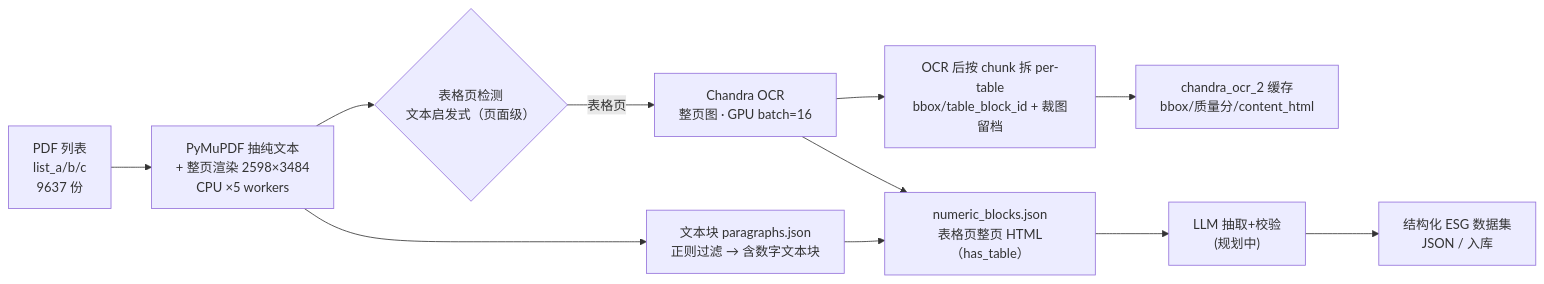
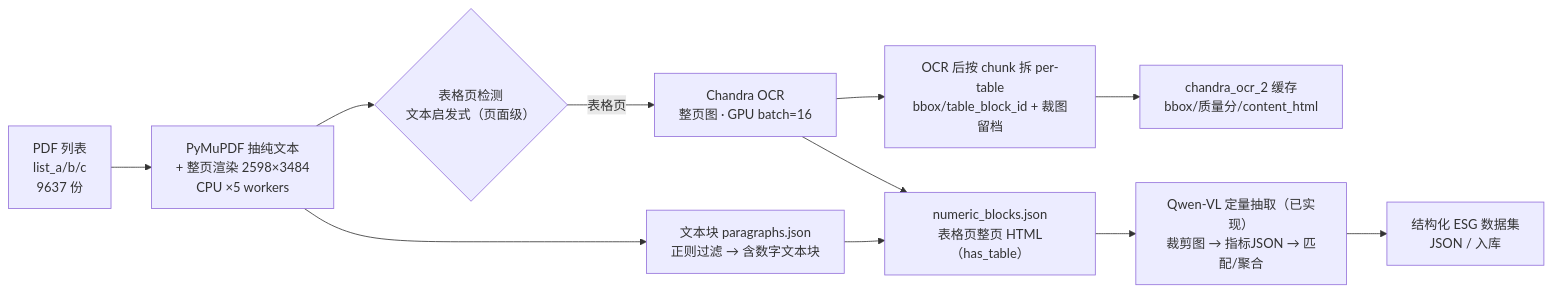
One commit to Evelyn-atg/esg-sync changed the diagram in memory_docs/ESG_Pipeline_Full_Workflow.md. Above: the diagram before and after it, drawn with Mermaid. The commit also changed other lines of this file, not shown here.

Commit message:
docs: align LLM section with actual code - vision LLM input is table crop + rich record (Qwen-VL extraction implemented), numeric_blocks is not LLM input

````diff
--- a/memory_docs/ESG_Pipeline_Full_Workflow.md
+++ b/memory_docs/ESG_Pipeline_Full_Workflow.md
@@ -11,13 +11,13 @@
 ```mermaid
 flowchart LR
     A["PDF 列表<br/>list_a/b/c<br/>9637 份"] --> B["PyMuPDF 抽纯文本<br/>+ 整页渲染 2598×3484<br/>CPU ×5 workers"]
     B --> C{"表格页检测<br/>文本启发式（页面级）"}
     B --> D["文本块 paragraphs.json<br/>正则过滤 → 含数字文本块"]
     C -->|"表格页"| E["Chandra OCR<br/>整页图 · GPU batch=16"]
     E --> F["OCR 后按 chunk 拆 per-table<br/>bbox/table_block_id + 裁图留档"]
     E --> G["numeric_blocks.json<br/>表格页整页 HTML（has_table）"]
     D --> G
     F --> H["chandra_ocr_2 缓存<br/>bbox/质量分/content_html"]
-    G --> I["LLM 抽取+校验<br/>(规划中)"]
+    G --> I["Qwen-VL 定量抽取（已实现）<br/>裁剪图 → 指标JSON → 匹配/聚合"]
     I --> J["结构化 ESG 数据集<br/>JSON / 入库"]
 ```
````
